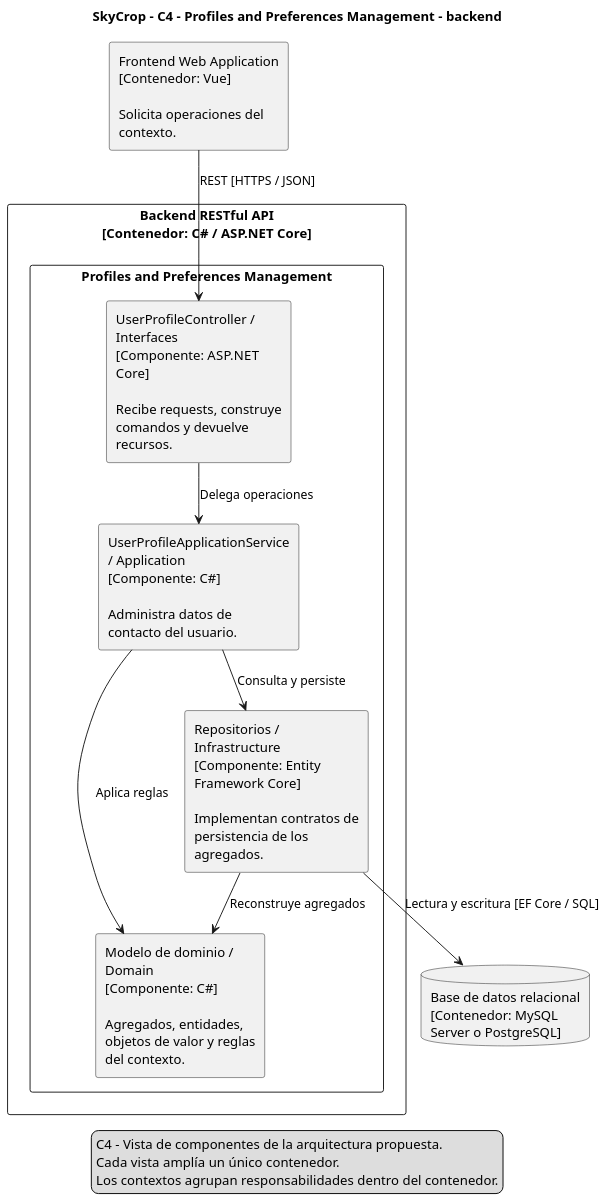
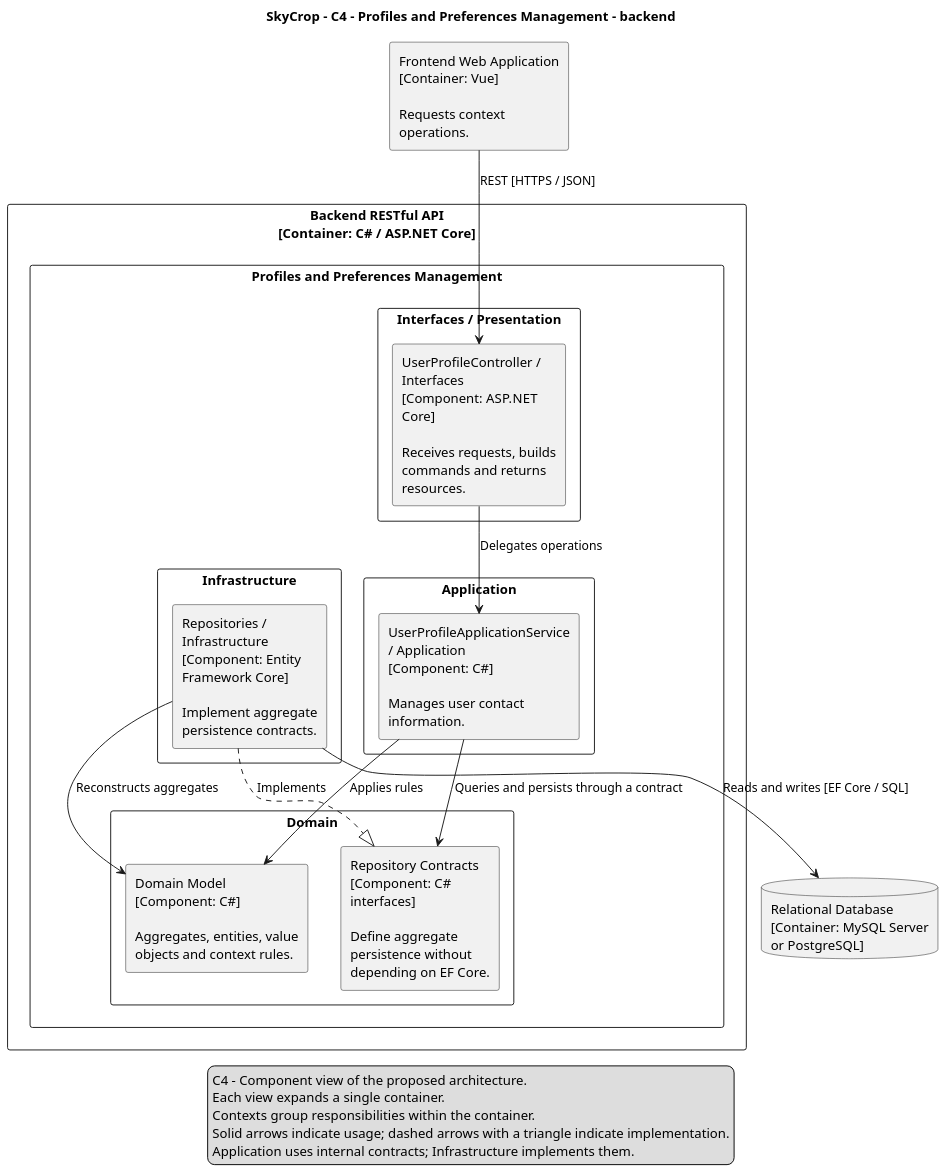
Before and after one commit to upc-GreenTech/skycrop-report: the diagram in resources/imgs/Software Architecture Diagram/contexts/profiles-backend-components.puml, drawn with PlantUML. The commit also changed 36 other files, not shown here.

Commit message:
feature: organize component diagrams by layer and translate all labels into english.

```diff
--- a/resources/imgs/Software Architecture Diagram/contexts/profiles-backend-components.puml
+++ b/resources/imgs/Software Architecture Diagram/contexts/profiles-backend-components.puml
@@ -1,33 +1,45 @@
 @startuml
 skinparam monochrome true
 skinparam shadowing false
 skinparam dpi 120
 skinparam defaultFontName SansSerif
 skinparam componentStyle rectangle
 skinparam wrapWidth 180
 skinparam nodesep 35
 skinparam ranksep 45
 top to bottom direction
 title SkyCrop - C4 - Profiles and Preferences Management - backend
-component "Frontend Web Application\n[Contenedor: Vue]\n\nSolicita operaciones del contexto." as web
-rectangle "Backend RESTful API\n[Contenedor: C# / ASP.NET Core]" {
+component "Frontend Web Application\n[Container: Vue]\n\nRequests context operations." as web
+rectangle "Backend RESTful API\n[Container: C# / ASP.NET Core]" {
 rectangle "Profiles and Preferences Management" {
-component "UserProfileController / Interfaces\n[Componente: ASP.NET Core]\n\nRecibe requests, construye comandos y devuelve recursos." as controller
-component "UserProfileApplicationService / Application\n[Componente: C#]\n\nAdministra datos de contacto del usuario." as service
-component "Modelo de dominio / Domain\n[Componente: C#]\n\nAgregados, entidades, objetos de valor y reglas del contexto." as domain
-component "Repositorios / Infrastructure\n[Componente: Entity Framework Core]\n\nImplementan contratos de persistencia de los agregados." as repository
+rectangle "Interfaces / Presentation" {
+component "UserProfileController / Interfaces\n[Component: ASP.NET Core]\n\nReceives requests, builds commands and returns resources." as controller
+}
+rectangle "Application" {
+component "UserProfileApplicationService / Application\n[Component: C#]\n\nManages user contact information." as service
+}
+rectangle "Domain" {
+component "Domain Model\n[Component: C#]\n\nAggregates, entities, value objects and context rules." as domain
+component "Repository Contracts\n[Component: C# interfaces]\n\nDefine aggregate persistence without depending on EF Core." as repositoryContract
+}
+rectangle "Infrastructure" {
+component "Repositories / Infrastructure\n[Component: Entity Framework Core]\n\nImplement aggregate persistence contracts." as repository
 }
 }
-database "Base de datos relacional\n[Contenedor: MySQL Server o PostgreSQL]" as db
+}
+database "Relational Database\n[Container: MySQL Server or PostgreSQL]" as db
 web --> controller : REST [HTTPS / JSON]
-controller --> service : Delega operaciones
-service --> domain : Aplica reglas
-service --> repository : Consulta y persiste
-repository --> domain : Reconstruye agregados
-repository --> db : Lectura y escritura [EF Core / SQL]
+controller --> service : Delegates operations
+service --> domain : Applies rules
+service --> repositoryContract : Queries and persists through a contract
+repository ..|> repositoryContract : Implements
+repository --> domain : Reconstructs aggregates
+repository --> db : Reads and writes [EF Core / SQL]
 legend bottom
-C4 - Vista de componentes de la arquitectura propuesta.
-Cada vista amplía un único contenedor.
-Los contextos agrupan responsabilidades dentro del contenedor.
+C4 - Component view of the proposed architecture.
+Each view expands a single container.
+Contexts group responsibilities within the container.
+Solid arrows indicate usage; dashed arrows with a triangle indicate implementation.
+Application uses internal contracts; Infrastructure implements them.
 endlegend
 @enduml
```
